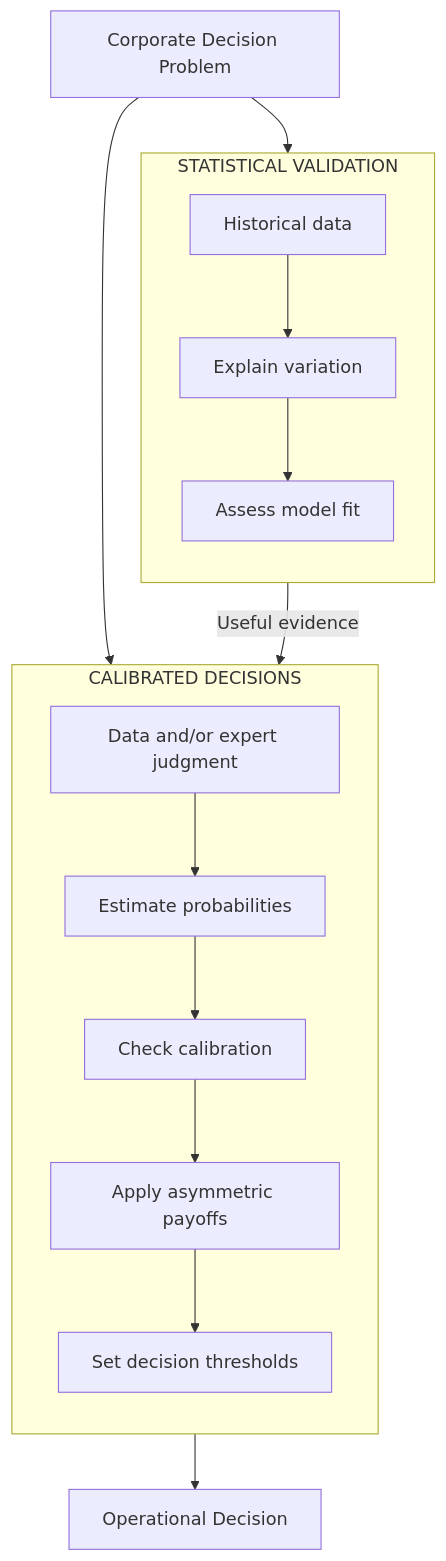
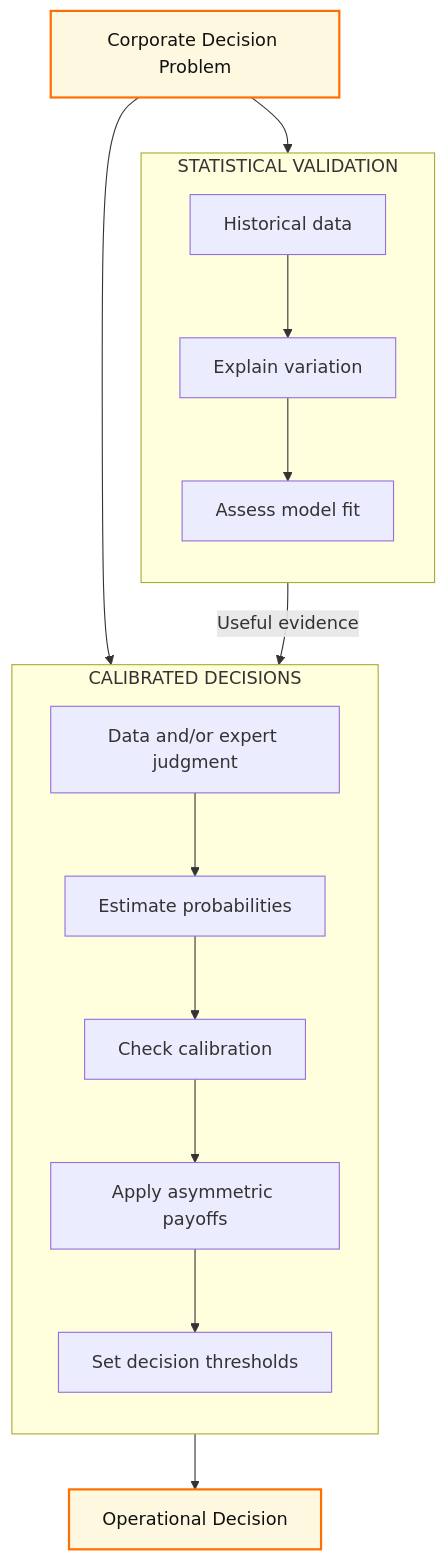
Before and after one commit to Tellusant/docs: the diagram in work-notes/calibrated-decisions-revised.md, drawn with Mermaid.

Commit message:
Enhance flowchart styles in calibrated-decisions-revised.md
Added styling classes to the decision flowchart in the markdown file.

```diff
--- a/work-notes/calibrated-decisions-revised.md
+++ b/work-notes/calibrated-decisions-revised.md
@@ -31,30 +31,42 @@
 <div class="mermaid">
 flowchart TD
+    
+%%{init: {'themeVariables': { 'fontFamily': 'Arial'}}}%%
 
-    A["Corporate Decision Problem"]
+    A["Corporate Decision Problem"]:::orange
 
     subgraph R["STATISTICAL VALIDATION"]
         direction TB
         R1["Historical data"]
         R2["Explain variation"]
         R3["Assess model fit"]
     end
 
     subgraph C["CALIBRATED DECISIONS"]
         direction TB
         C1["Data and/or expert judgment"]
         C2["Estimate probabilities"]
         C3["Check calibration"]
         C4["Apply asymmetric payoffs"]
         C5["Set decision thresholds"]
     end
 
     A --> R
     A --> C
 
     R1 --> R2 --> R3
     C1 --> C2 --> C3 --> C4 --> C5
 
     R3 -->|"Useful evidence"| C2
-    C5 --> D["Operational Decision"]
+    C5 --> D["Operational Decision"]:::orange
+
+%% ========= STYLES =========
+classDef green   fill:#E8F5E9,stroke:#1B5E20,stroke-width:2px,color:#111;
+classDef blue    fill:#E3F2FD,stroke:#0D47A1,stroke-width:2px,color:#111;
+classDef orange  fill:#FFF8E1,stroke:#FF6F00,stroke-width:2px,color:#111;
+classDef red     fill:#FDECEA,stroke:#B71C1C,stroke-width:2px,color:#111;
+classDef grey    fill:#F5F5F5,stroke:#424242,stroke-width:2px,color:#111;
+classDef base    fill:#ECECFF,stroke:#9370DB,stroke-width:2px,color:#111;
+classDef clear   fill:transparent,stroke:transparent;
+    
 </div>
```
